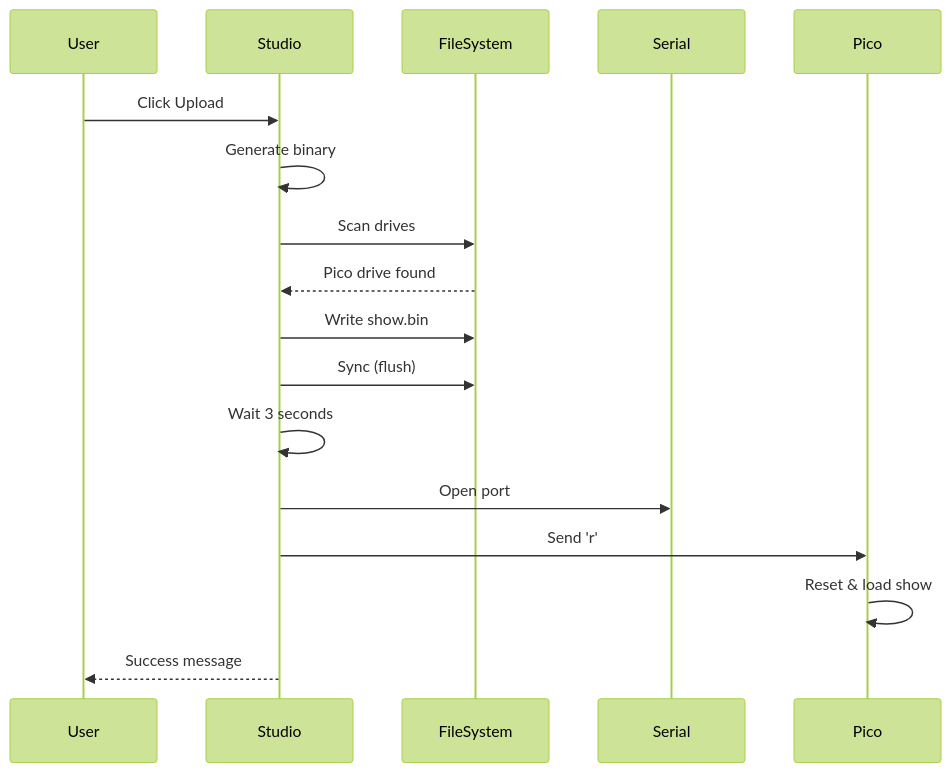
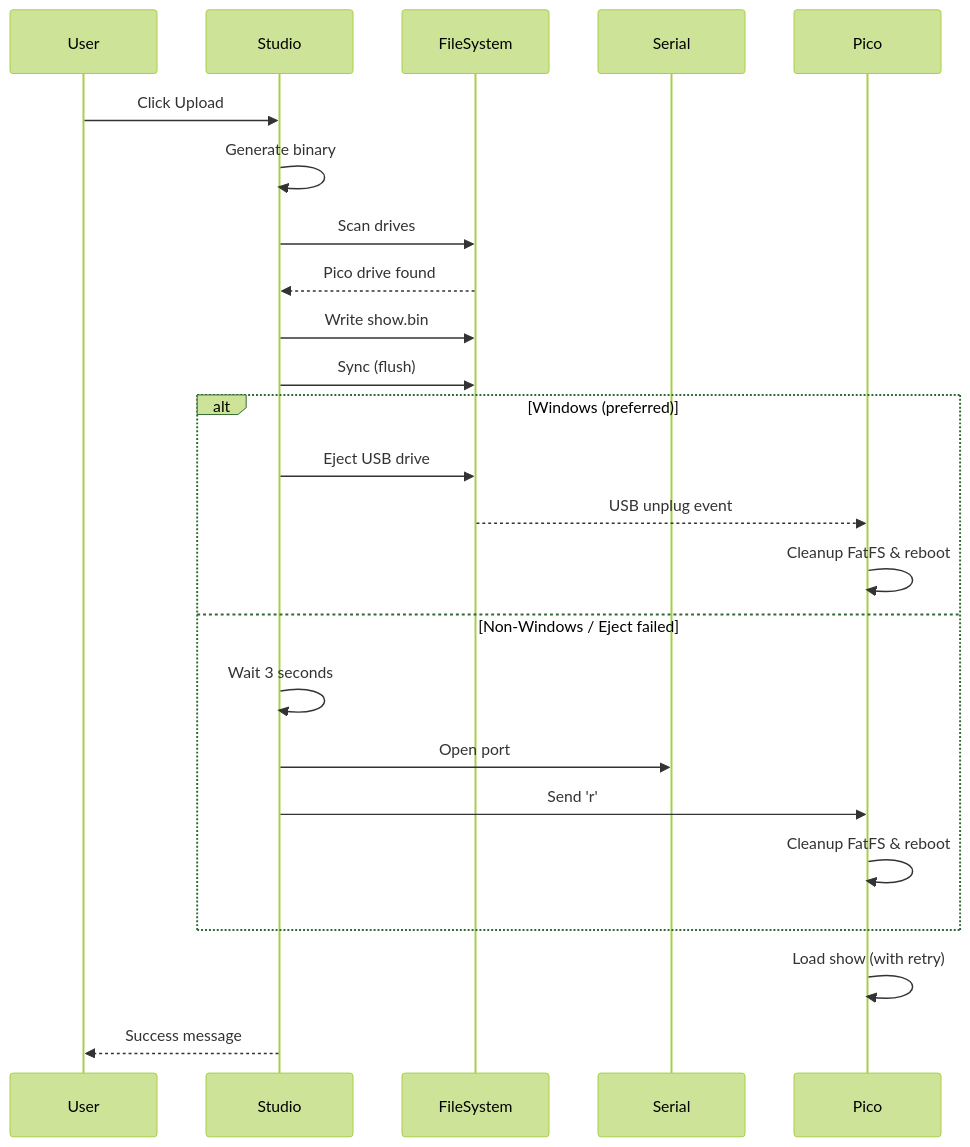
Before and after one commit to picolume/studio: the sixth of 11 diagrams in SOFTWARE_REQUIREMENTS_DOCUMENT.md, drawn with Mermaid (forest theme). The commit also changed other lines of this file and 3 other files, not shown here.

Commit message:
set up bash script to safely eject USB after upload

````diff
--- a/SOFTWARE_REQUIREMENTS_DOCUMENT.md
+++ b/SOFTWARE_REQUIREMENTS_DOCUMENT.md
@@ -1117,20 +1118,29 @@
 ```mermaid
 sequenceDiagram
     participant User
     participant Studio
     participant FileSystem
     participant Serial
     participant Pico
 
     User->>Studio: Click Upload
     Studio->>Studio: Generate binary
     Studio->>FileSystem: Scan drives
     FileSystem-->>Studio: Pico drive found
     Studio->>FileSystem: Write show.bin
     Studio->>FileSystem: Sync (flush)
-    Studio->>Studio: Wait 3 seconds
-    Studio->>Serial: Open port
-    Studio->>Pico: Send 'r'
-    Pico->>Pico: Reset & load show
+
+    alt Windows (preferred)
+        Studio->>FileSystem: Eject USB drive
+        FileSystem-->>Pico: USB unplug event
+        Pico->>Pico: Cleanup FatFS & reboot
+    else Non-Windows / Eject failed
+        Studio->>Studio: Wait 3 seconds
+        Studio->>Serial: Open port
+        Studio->>Pico: Send 'r'
+        Pico->>Pico: Cleanup FatFS & reboot
+    end
+
+    Pico->>Pico: Load show (with retry)
     Studio-->>User: Success message
 ```
````
